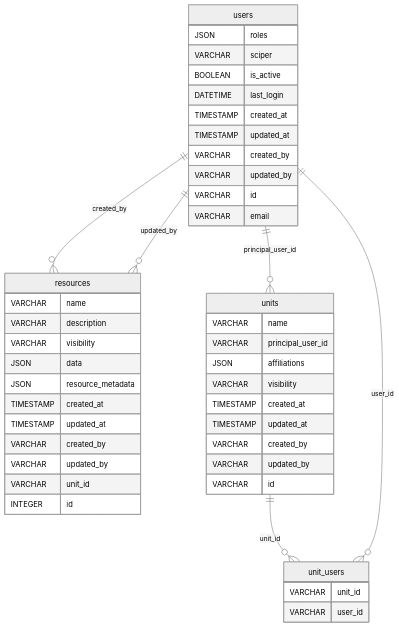
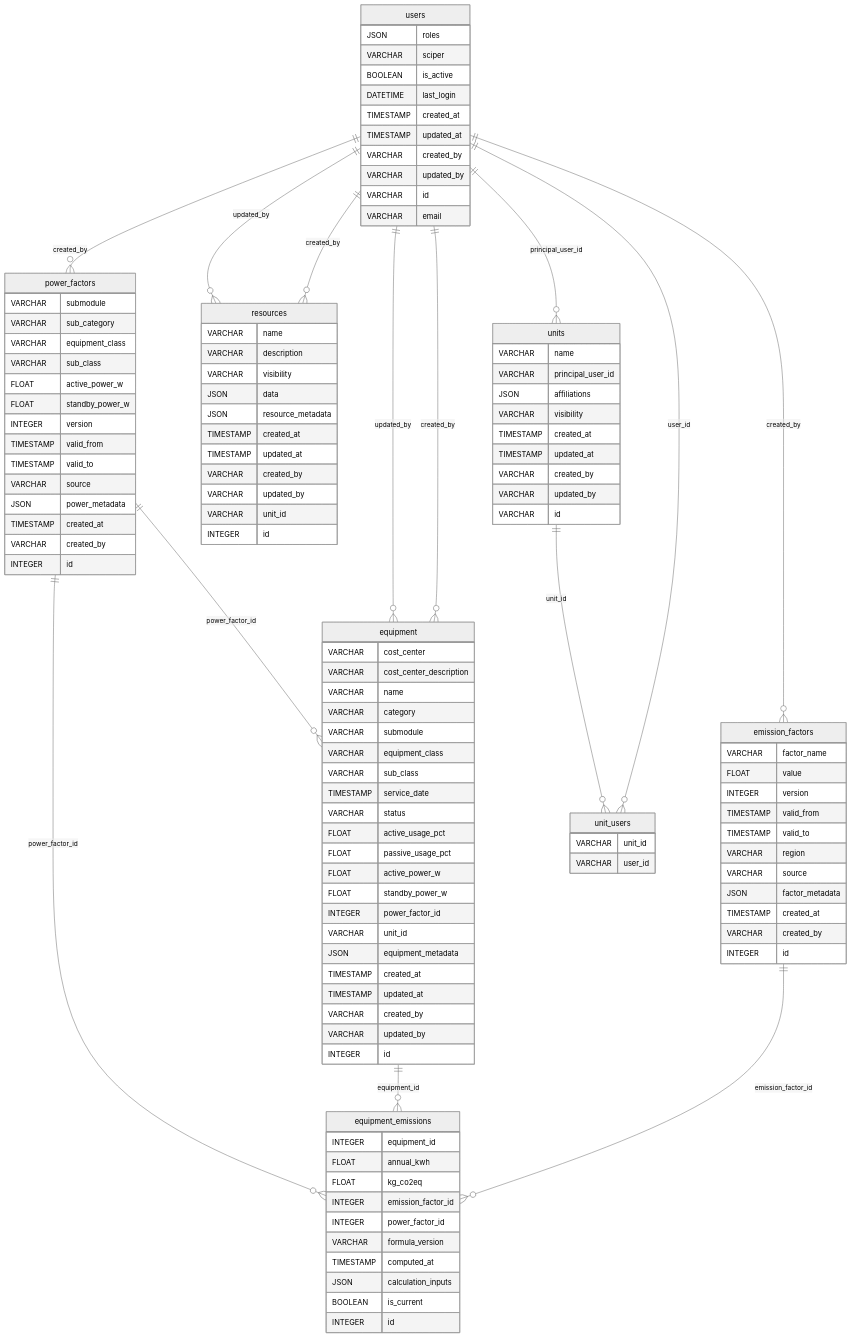
Before and after one commit to EPFL-ENAC/co2-calculator: the diagram in docs/src/database/erd.md, drawn with Mermaid (neutral theme). The commit also changed other lines of this file and 38 other files, not shown here.

````diff
--- a/docs/src/database/erd.md
+++ b/docs/src/database/erd.md
@@ -2,5 +3,69 @@
 ```mermaid
 erDiagram
+  emission_factors {
+    VARCHAR factor_name
+    FLOAT value
+    INTEGER version
+    TIMESTAMP valid_from
+    TIMESTAMP valid_to
+    VARCHAR region
+    VARCHAR source
+    JSON factor_metadata
+    TIMESTAMP created_at
+    VARCHAR created_by
+    INTEGER id
+  }
+  power_factors {
+    VARCHAR submodule
+    VARCHAR sub_category
+    VARCHAR equipment_class
+    VARCHAR sub_class
+    FLOAT active_power_w
+    FLOAT standby_power_w
+    INTEGER version
+    TIMESTAMP valid_from
+    TIMESTAMP valid_to
+    VARCHAR source
+    JSON power_metadata
+    TIMESTAMP created_at
+    VARCHAR created_by
+    INTEGER id
+  }
+  equipment {
+    VARCHAR cost_center
+    VARCHAR cost_center_description
+    VARCHAR name
+    VARCHAR category
+    VARCHAR submodule
+    VARCHAR equipment_class
+    VARCHAR sub_class
+    TIMESTAMP service_date
+    VARCHAR status
+    FLOAT active_usage_pct
+    FLOAT passive_usage_pct
+    FLOAT active_power_w
+    FLOAT standby_power_w
+    INTEGER power_factor_id
+    VARCHAR unit_id
+    JSON equipment_metadata
+    TIMESTAMP created_at
+    TIMESTAMP updated_at
+    VARCHAR created_by
+    VARCHAR updated_by
+    INTEGER id
+  }
+  equipment_emissions {
+    INTEGER equipment_id
+    FLOAT annual_kwh
+    FLOAT kg_co2eq
+    INTEGER emission_factor_id
+    INTEGER power_factor_id
+    VARCHAR formula_version
+    TIMESTAMP computed_at
+    JSON calculation_inputs
+    BOOLEAN is_current
+    INTEGER id
+  }
   resources {
     VARCHAR name
     VARCHAR description
@@ -41,9 +106,17 @@
     VARCHAR id
     VARCHAR email
   }
+  users ||--}o emission_factors : created_by
+  users ||--}o power_factors : created_by
+  users ||--}o equipment : created_by
+  users ||--}o equipment : updated_by
+  power_factors ||--}o equipment : power_factor_id
+  emission_factors ||--}o equipment_emissions : emission_factor_id
+  equipment ||--}o equipment_emissions : equipment_id
+  power_factors ||--}o equipment_emissions : power_factor_id
   users ||--}o resources : created_by
   users ||--}o resources : updated_by
   users ||--}o units : principal_user_id
+  users ||--}o unit_users : user_id
   units ||--}o unit_users : unit_id
-  users ||--}o unit_users : user_id
 ```
````
